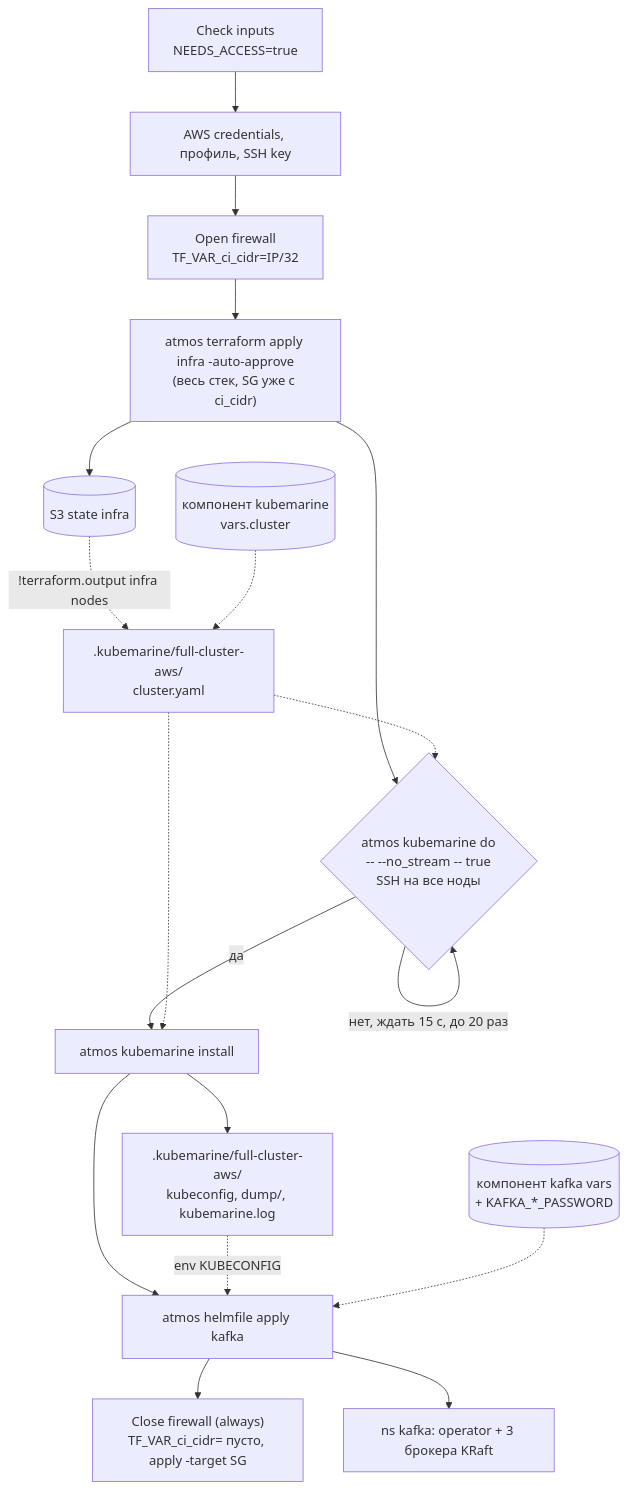
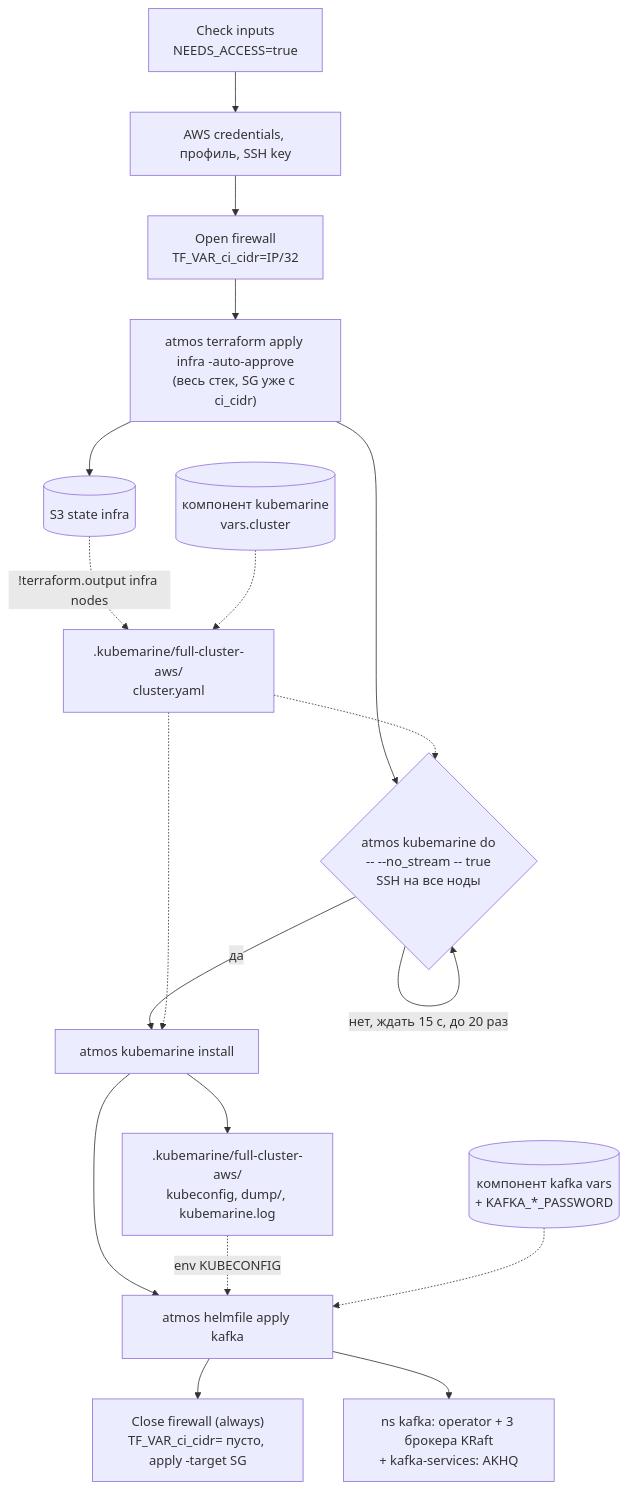
One commit to borislavr/atmos-kubemarine-integration changed the third of 5 diagrams in docs/full-cluster-aws-flow.md. Above: the diagram before and after it, drawn with Mermaid. The commit also changed other lines of this file and 4 other files, not shown here.

Commit message:
feat: add AKHQ web UI support for Kafka services and update related configurations

````diff
--- a/docs/full-cluster-aws-flow.md
+++ b/docs/full-cluster-aws-flow.md
@@ -110,20 +110,20 @@
 ```mermaid
 flowchart TB
   A["Check inputs<br/>NEEDS_ACCESS=true"] --> B["AWS credentials, профиль, SSH key"]
   B --> C["Open firewall<br/>TF_VAR_ci_cidr=IP/32"]
   C --> D["atmos terraform apply infra -auto-approve<br/>(весь стек, SG уже с ci_cidr)"]
   D --> E{"atmos kubemarine do<br/>-- --no_stream -- true<br/>SSH на все ноды"}
   E -->|"нет, ждать 15 с, до 20 раз"| E
   E -->|"да"| F["atmos kubemarine install"]
   F --> G["atmos helmfile apply kafka"]
   G --> H["Close firewall (always)<br/>TF_VAR_ci_cidr= пусто, apply -target SG"]
   D --> ST[("S3 state infra")]
   ST -.->|"!terraform.output infra nodes"| CY
   KMC[("компонент kubemarine<br/>vars.cluster")] -.-> CY
   CY[".kubemarine/full-cluster-aws/<br/>cluster.yaml"] -.-> E
   CY -.-> F
   F --> KC[".kubemarine/full-cluster-aws/<br/>kubeconfig, dump/, kubemarine.log"]
   KC -.->|"env KUBECONFIG"| G
   KFC[("компонент kafka vars<br/>+ KAFKA_*_PASSWORD")] -.-> G
-  G --> K8S["ns kafka: operator + 3 брокера KRaft"]
+  G --> K8S["ns kafka: operator + 3 брокера KRaft<br/>+ kafka-services: AKHQ"]
 ```
````
